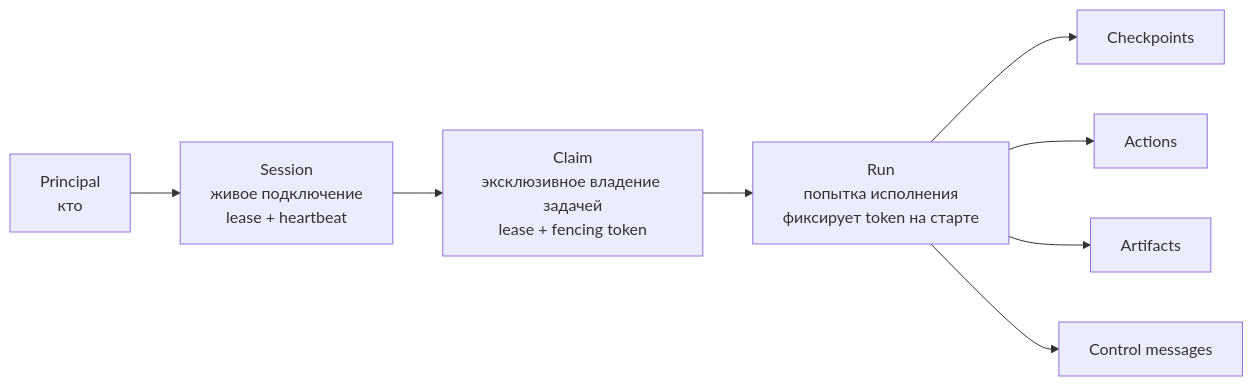
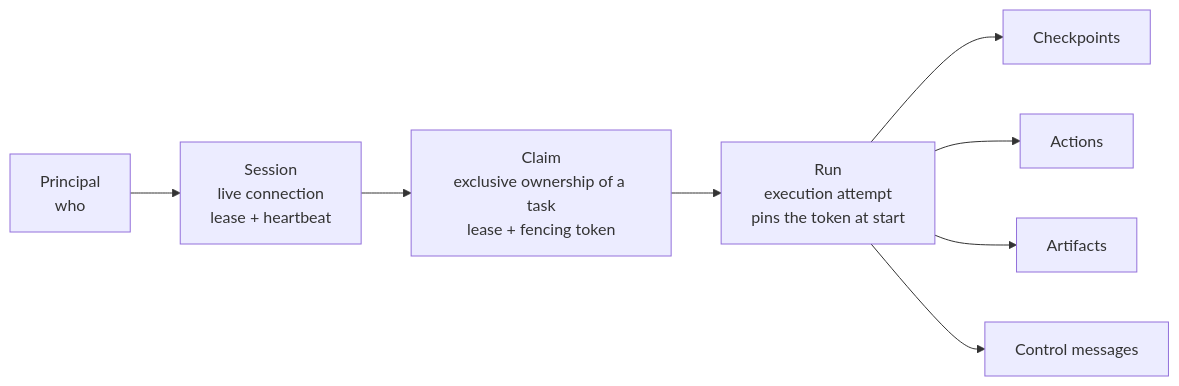
Before and after one commit to monthu56/taimen: the first of 6 diagrams in guide/docs/control-plane/execution.md, drawn with Mermaid. The commit also changed other lines of this file and 183 other files, not shown here.

````diff
--- a/guide/docs/control-plane/execution.md
+++ b/guide/docs/control-plane/execution.md
@@ -11,10 +12,10 @@
 ```mermaid
 flowchart LR
-    P["Principal<br/>кто"] --> S["Session<br/>живое подключение<br/>lease + heartbeat"]
-    S --> C["Claim<br/>эксклюзивное владение задачей<br/>lease + fencing token"]
-    C --> R["Run<br/>попытка исполнения<br/>фиксирует token на старте"]
+    P["Principal<br/>who"] --> S["Session<br/>live connection<br/>lease + heartbeat"]
+    S --> C["Claim<br/>exclusive ownership of a task<br/>lease + fencing token"]
+    C --> R["Run<br/>execution attempt<br/>pins the token at start"]
     R --> CK["Checkpoints"]
     R --> AC["Actions"]
     R --> AR["Artifacts"]
     R --> CM["Control messages"]
 ```
````
